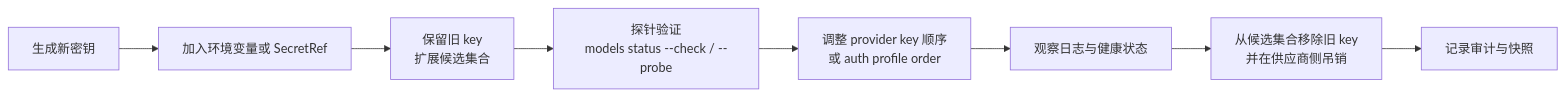
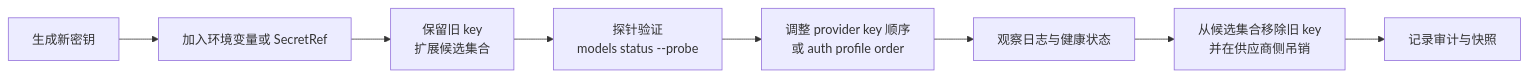
The second of 2 diagrams in 11_reliability_security/11.1_auth_profiles.md (yeasy/openclaw_guide), drawn with Mermaid before and after one commit. The commit also changed other lines of this file and 53 other files, not shown here.

````diff
--- a/11_reliability_security/11.1_auth_profiles.md
+++ b/11_reliability_security/11.1_auth_profiles.md
@@ -70,10 +70,10 @@
 ```mermaid
 flowchart LR
   A["生成新密钥"] --> B["加入环境变量或 SecretRef"]
   B --> C["保留旧 key<br/>扩展候选集合"]
-  C --> D["探针验证<br/>models status --check / --probe"]
+  C --> D["探针验证<br/>models status --probe"]
   D --> E["调整 provider key 顺序<br/>或 auth profile order"]
   E --> F["观察日志与健康状态"]
   F --> G["从候选集合移除旧 key<br/>并在供应商侧吊销"]
   G --> H["记录审计与快照"]
 ```
````
